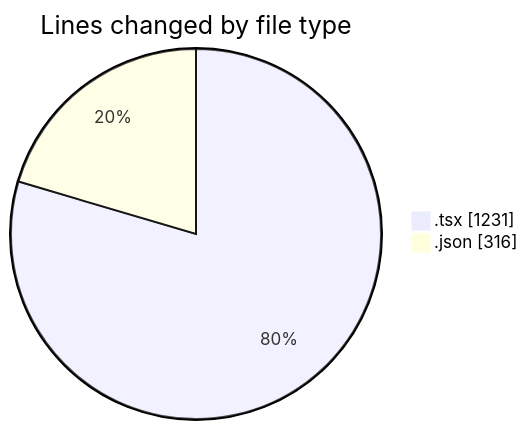
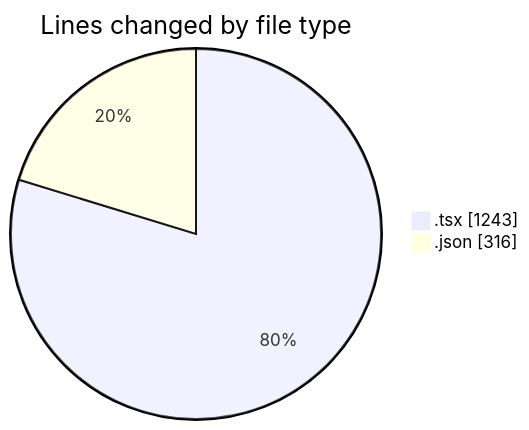
The first of 2 diagrams in 2025-08-13/ribbon/README.md (EIIisD/code-tracking), drawn with Mermaid before and after one commit. The commit also changed other lines of this file and 1 other file, not shown here.

````diff
--- a/2025-08-13/ribbon/README.md
+++ b/2025-08-13/ribbon/README.md
@@ -26,6 +26,6 @@
 ```mermaid
 pie showData
 title Lines changed by file type
-".tsx" : 1231
+".tsx" : 1243
 ".json" : 316
 ```
````
